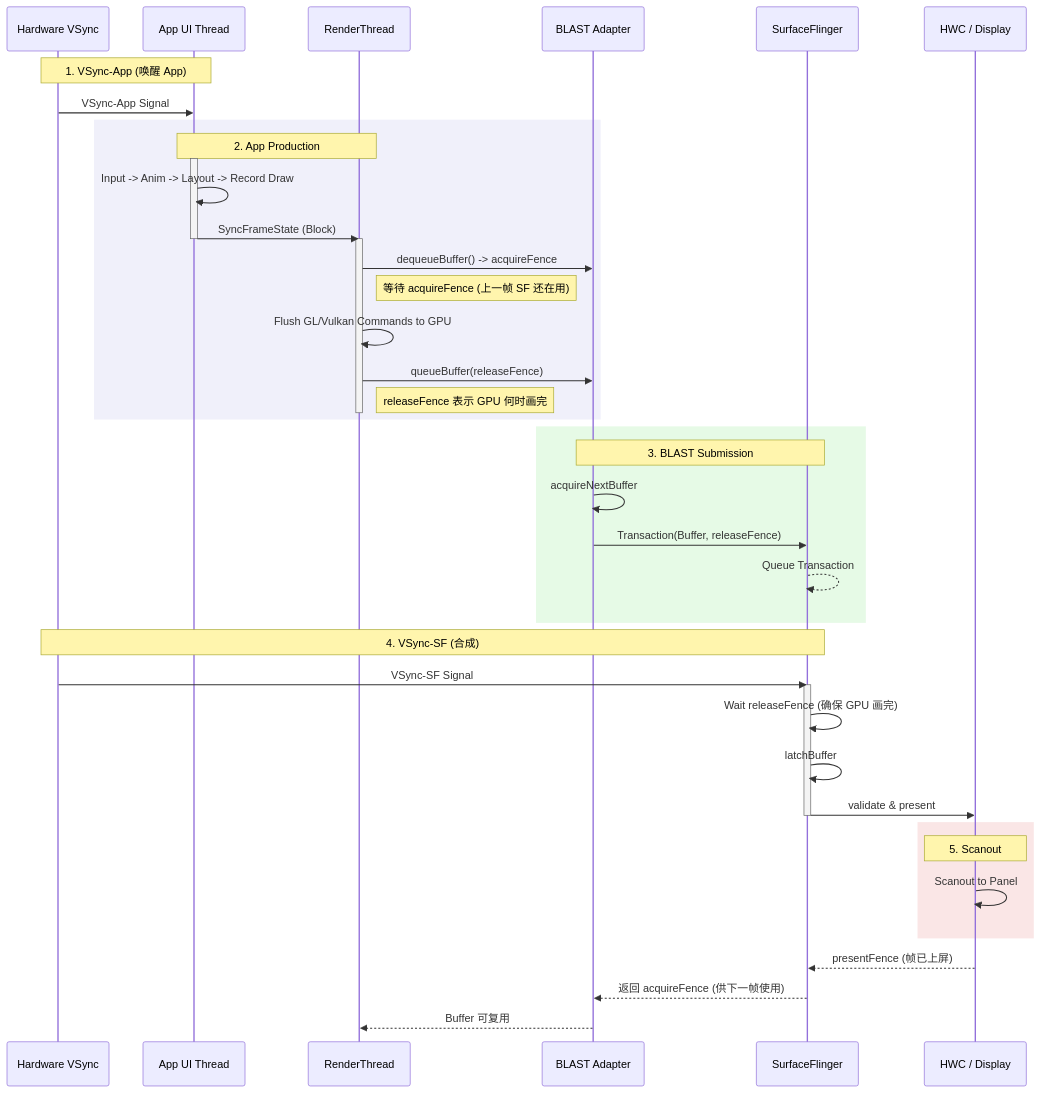
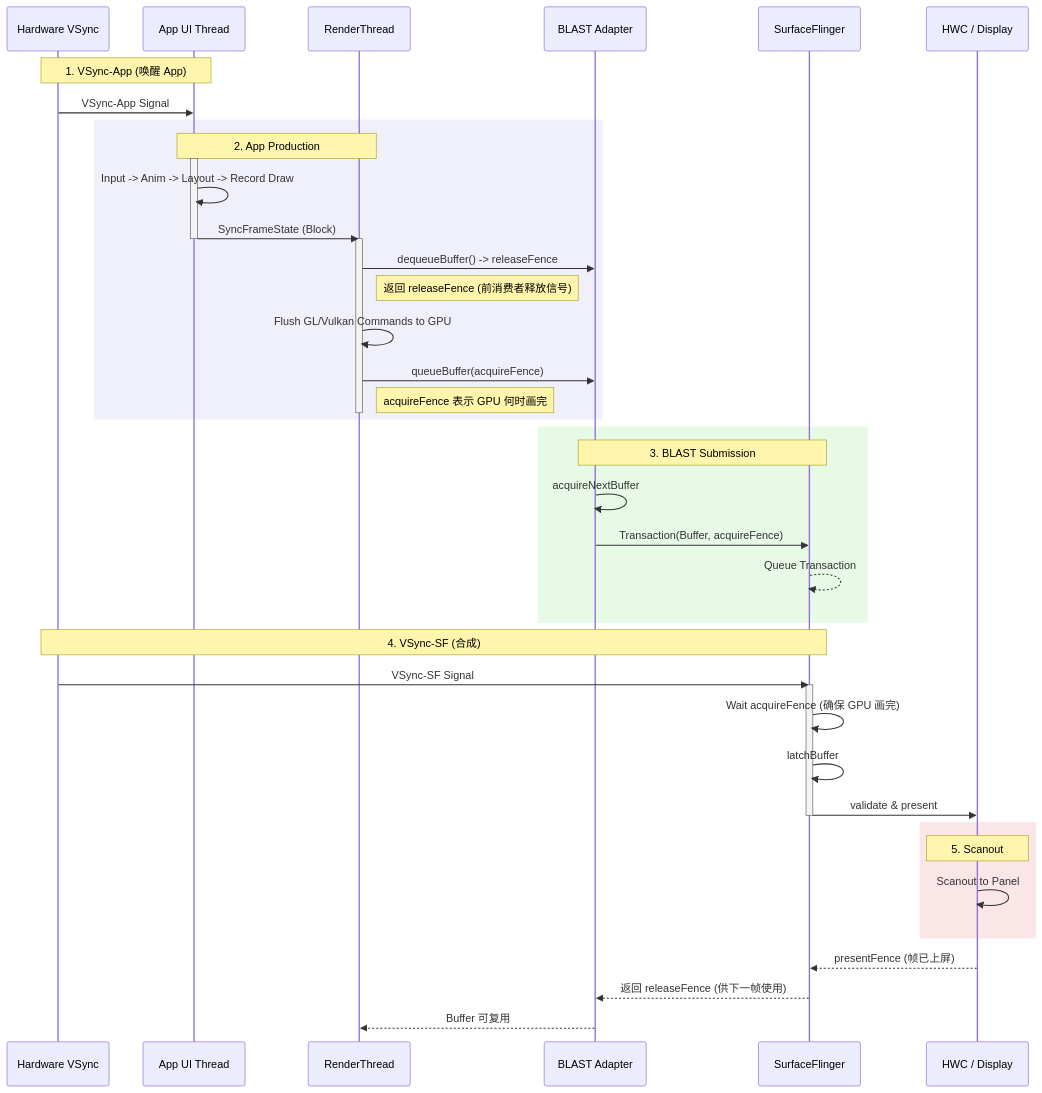
The first of 3 diagrams in docs/rendering_pipelines/android_view_standard.md (Gracker/SmartPerfetto), drawn with Mermaid before and after one commit. The commit also changed other lines of this file and 78 other files, not shown here.

````diff
--- a/docs/rendering_pipelines/android_view_standard.md
+++ b/docs/rendering_pipelines/android_view_standard.md
@@ -63,57 +63,57 @@
 ```mermaid
 sequenceDiagram
     participant HW as Hardware VSync
     participant App as App UI Thread
     participant RT as RenderThread
     participant BBQ as BLAST Adapter
     participant SF as SurfaceFlinger
     participant HWC as HWC / Display
 
     %% 1. VSync-App Arrival
     Note over HW, App: 1. VSync-App (唤醒 App)
     HW->>App: VSync-App Signal
     
     %% 2. App Processing
     rect rgb(240, 240, 250)
         Note over App, RT: 2. App Production
         activate App
         App->>App: Input -> Anim -> Layout -> Record Draw
         App->>RT: SyncFrameState (Block)
         deactivate App
         
         activate RT
-        RT->>BBQ: dequeueBuffer() -> acquireFence
-        Note right of RT: 等待 acquireFence (上一帧 SF 还在用)
+        RT->>BBQ: dequeueBuffer() -> releaseFence
+        Note right of RT: 返回 releaseFence (前消费者释放信号)
         RT->>RT: Flush GL/Vulkan Commands to GPU
-        RT->>BBQ: queueBuffer(releaseFence)
-        Note right of RT: releaseFence 表示 GPU 何时画完
+        RT->>BBQ: queueBuffer(acquireFence)
+        Note right of RT: acquireFence 表示 GPU 何时画完
         deactivate RT
     end
 
     %% 3. BLAST Submission
     rect rgb(230, 250, 230)
         Note over BBQ, SF: 3. BLAST Submission
         BBQ->>BBQ: acquireNextBuffer
-        BBQ->>SF: Transaction(Buffer, releaseFence)
+        BBQ->>SF: Transaction(Buffer, acquireFence)
         SF-->>SF: Queue Transaction
     end
 
     %% 4. VSync-SF Processing
     Note over HW, SF: 4. VSync-SF (合成)
     HW->>SF: VSync-SF Signal
     activate SF
-    SF->>SF: Wait releaseFence (确保 GPU 画完)
+    SF->>SF: Wait acquireFence (确保 GPU 画完)
     SF->>SF: latchBuffer
     SF->>HWC: validate & present
     deactivate SF
 
     %% 5. Display & Fence Release
     rect rgb(250, 230, 230)
         Note over HWC: 5. Scanout
         HWC->>HWC: Scanout to Panel
     end
     
     HWC-->>SF: presentFence (帧已上屏)
-    SF-->>BBQ: 返回 acquireFence (供下一帧使用)
+    SF-->>BBQ: 返回 releaseFence (供下一帧使用)
     BBQ-->>RT: Buffer 可复用
 ```
````
